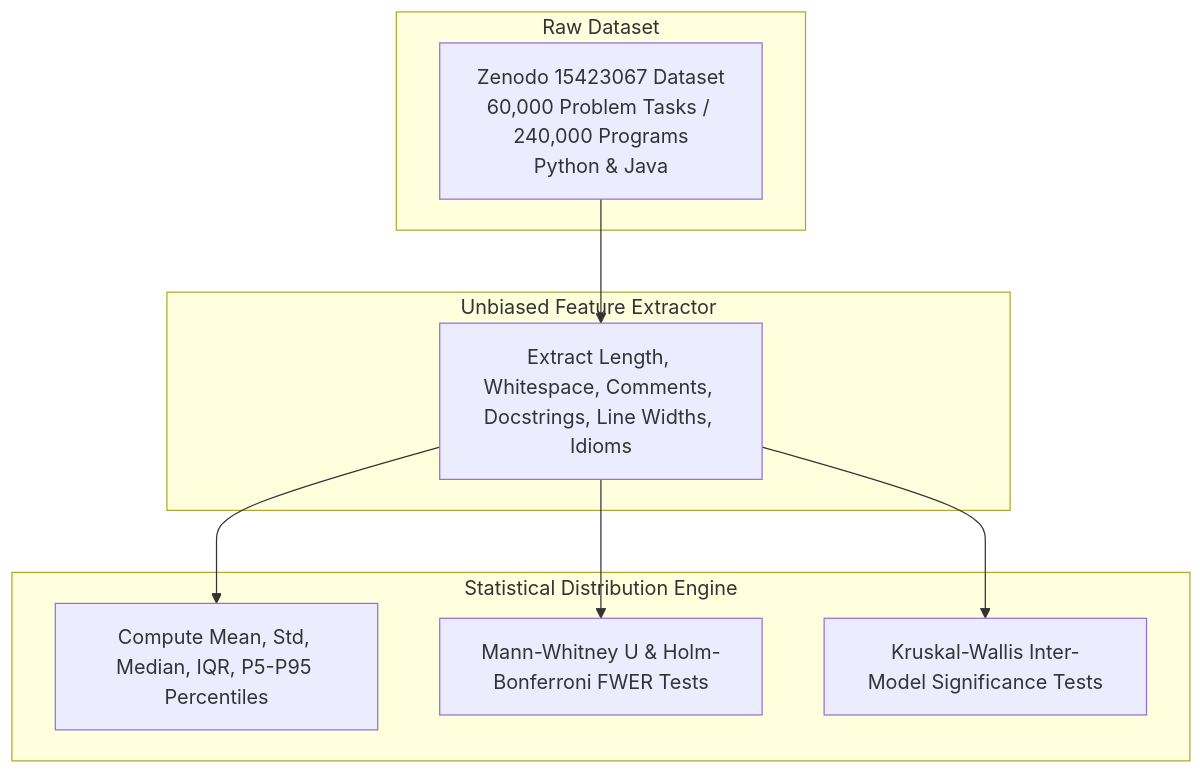
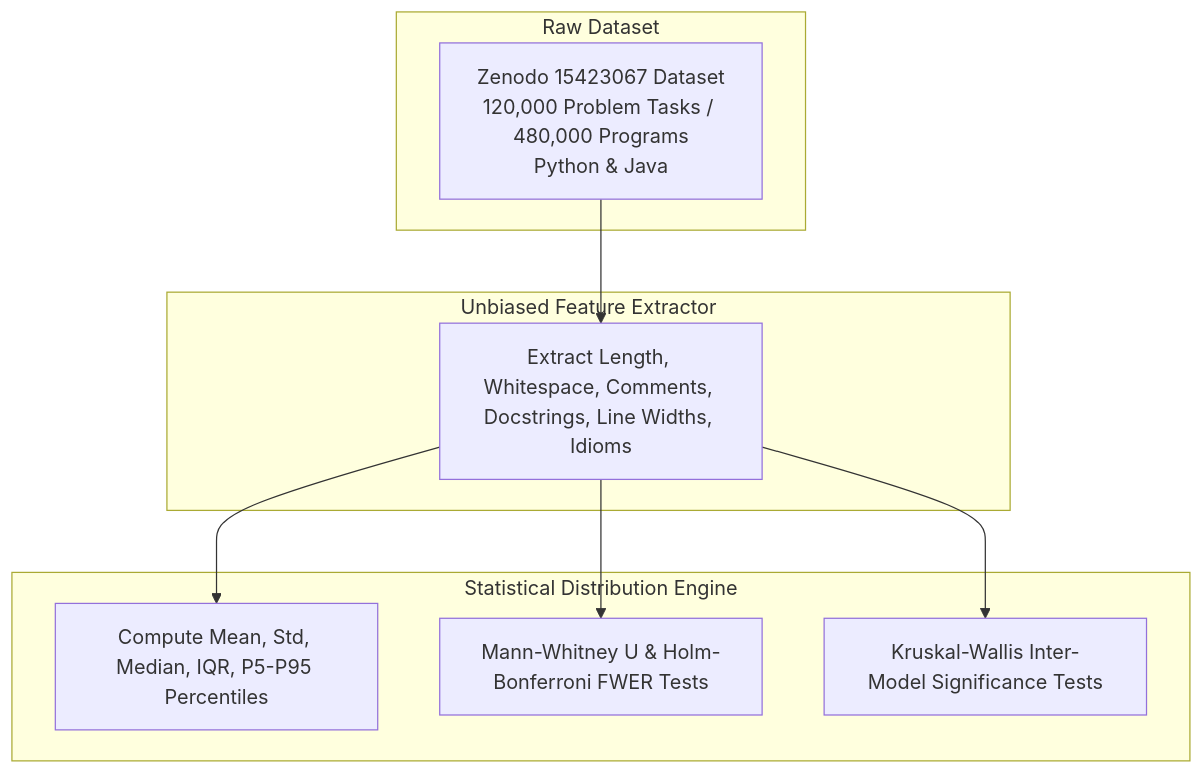
Before and after one commit to local-over/ai-code-stylometrics-study: the diagram in paper/research_paper.md, drawn with Mermaid. The commit also changed other lines of this file and 3 other files, not shown here.

Commit message:
Updated paper, PDF, and README with full 480,000 code snippet dataset metrics from Zenodo 10.5281/zenodo.15423067

````diff
--- a/paper/research_paper.md
+++ b/paper/research_paper.md
@@ -39,21 +39,21 @@
 ```mermaid
 flowchart TD
     subgraph Raw Dataset
-        Z[Zenodo 15423067 Dataset\n60,000 Problem Tasks / 240,000 Programs\nPython & Java]
+        Z[Zenodo 15423067 Dataset\n120,000 Problem Tasks / 480,000 Programs\nPython & Java]
     end
 
     subgraph Unbiased Feature Extractor
         E[Extract Length, Whitespace, Comments, Docstrings, Line Widths, Idioms]
     end
 
     subgraph Statistical Distribution Engine
         S[Compute Mean, Std, Median, IQR, P5-P95 Percentiles]
         H[Mann-Whitney U & Holm-Bonferroni FWER Tests]
         K[Kruskal-Wallis Inter-Model Significance Tests]
     end
 
     Z --> E
     E --> S
     E --> H
     E --> K
 ```
````
